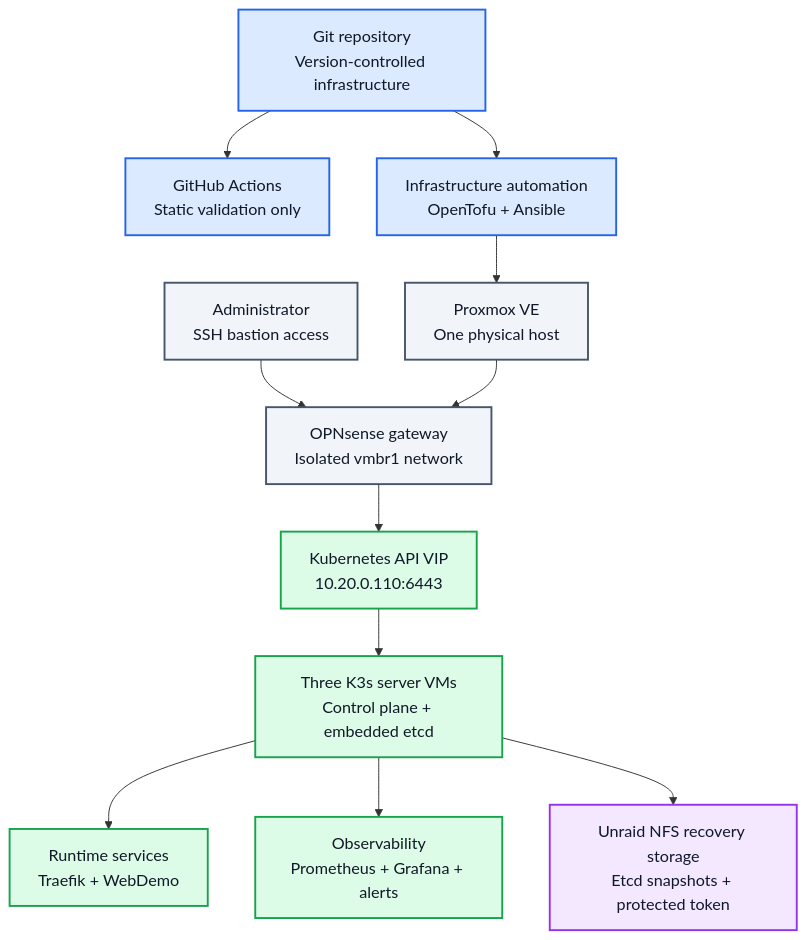
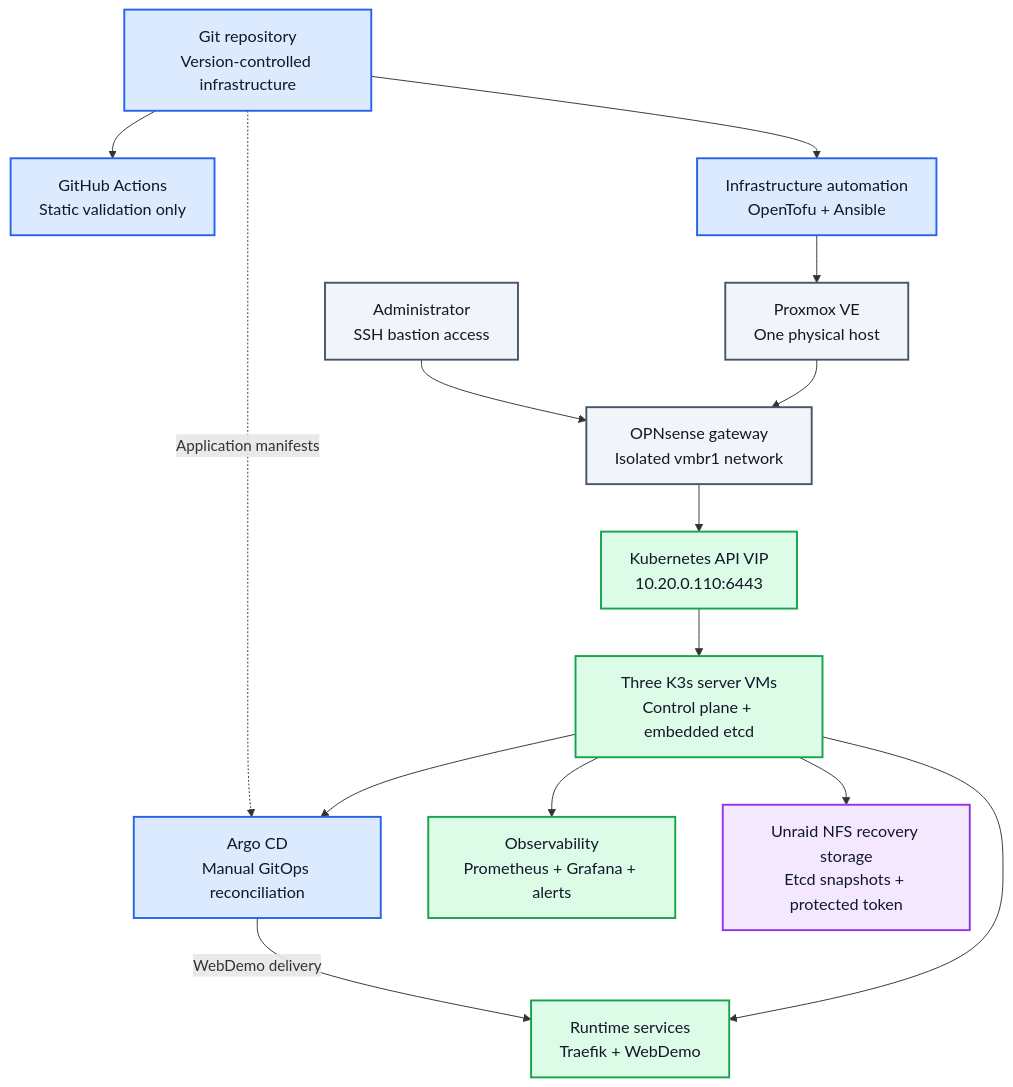
The first of 3 diagrams in README.md (Capasiter/homelab-portfolio), drawn with Mermaid before and after one commit. The commit also changed other lines of this file and 1 other file, not shown here.

Commit message:
docs: polish recruiter navigation, GitOps diagram, and resume typography

````diff
--- a/README.md
+++ b/README.md
@@ -32,35 +32,39 @@
 ```mermaid
 flowchart TD
     Git["Git repository<br/>Version-controlled infrastructure"]
     CI["GitHub Actions<br/>Static validation only"]
     Automation["Infrastructure automation<br/>OpenTofu + Ansible"]
     Proxmox["Proxmox VE<br/>One physical host"]
     Admin["Administrator<br/>SSH bastion access"]
     Gateway["OPNsense gateway<br/>Isolated vmbr1 network"]
     VIP["Kubernetes API VIP<br/>10.20.0.110:6443"]
     Cluster["Three K3s server VMs<br/>Control plane + embedded etcd"]
+    Argo["Argo CD<br/>Manual GitOps reconciliation"]
     Services["Runtime services<br/>Traefik + WebDemo"]
     Observe["Observability<br/>Prometheus + Grafana + alerts"]
     Backup["Unraid NFS recovery storage<br/>Etcd snapshots + protected token"]
 
     Git --> CI
     Git --> Automation
     Automation --> Proxmox
     Admin --> Gateway
     Proxmox --> Gateway
     Gateway --> VIP
     VIP --> Cluster
+    Git -.->|Application manifests| Argo
+    Cluster --> Argo
+    Argo -->|WebDemo delivery| Services
     Cluster --> Services
     Cluster --> Observe
     Cluster --> Backup
 
     classDef delivery fill:#DBEAFE,stroke:#2563EB,color:#111827,stroke-width:2px,font-size:17px
     classDef boundary fill:#F1F5F9,stroke:#475569,color:#111827,stroke-width:2px,font-size:17px
     classDef runtime fill:#DCFCE7,stroke:#16A34A,color:#111827,stroke-width:2px,font-size:17px
     classDef recovery fill:#F3E8FF,stroke:#9333EA,color:#111827,stroke-width:2px,font-size:17px
 
-    class Git,CI,Automation delivery
+    class Git,CI,Automation,Argo delivery
     class Proxmox,Admin,Gateway boundary
     class VIP,Cluster,Services,Observe runtime
     class Backup recovery
 ```
````
